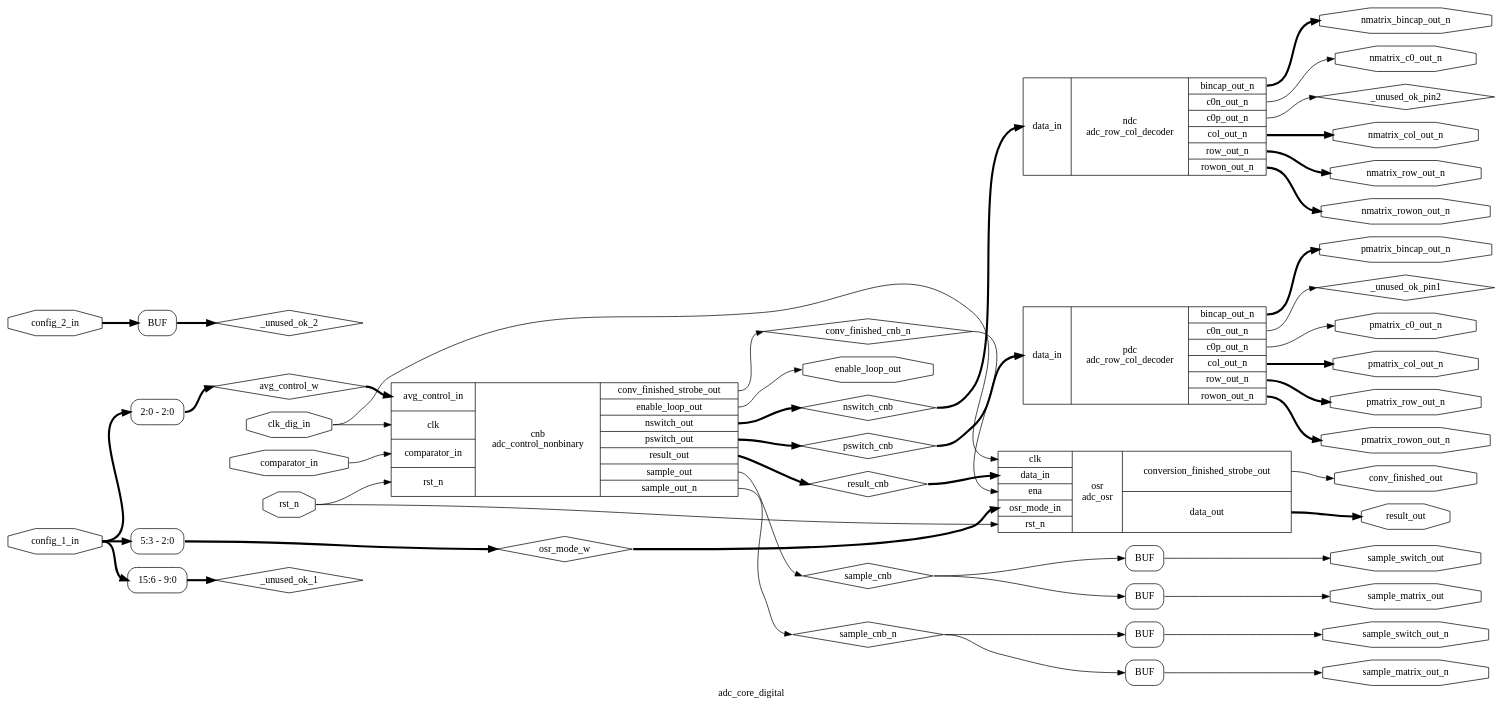
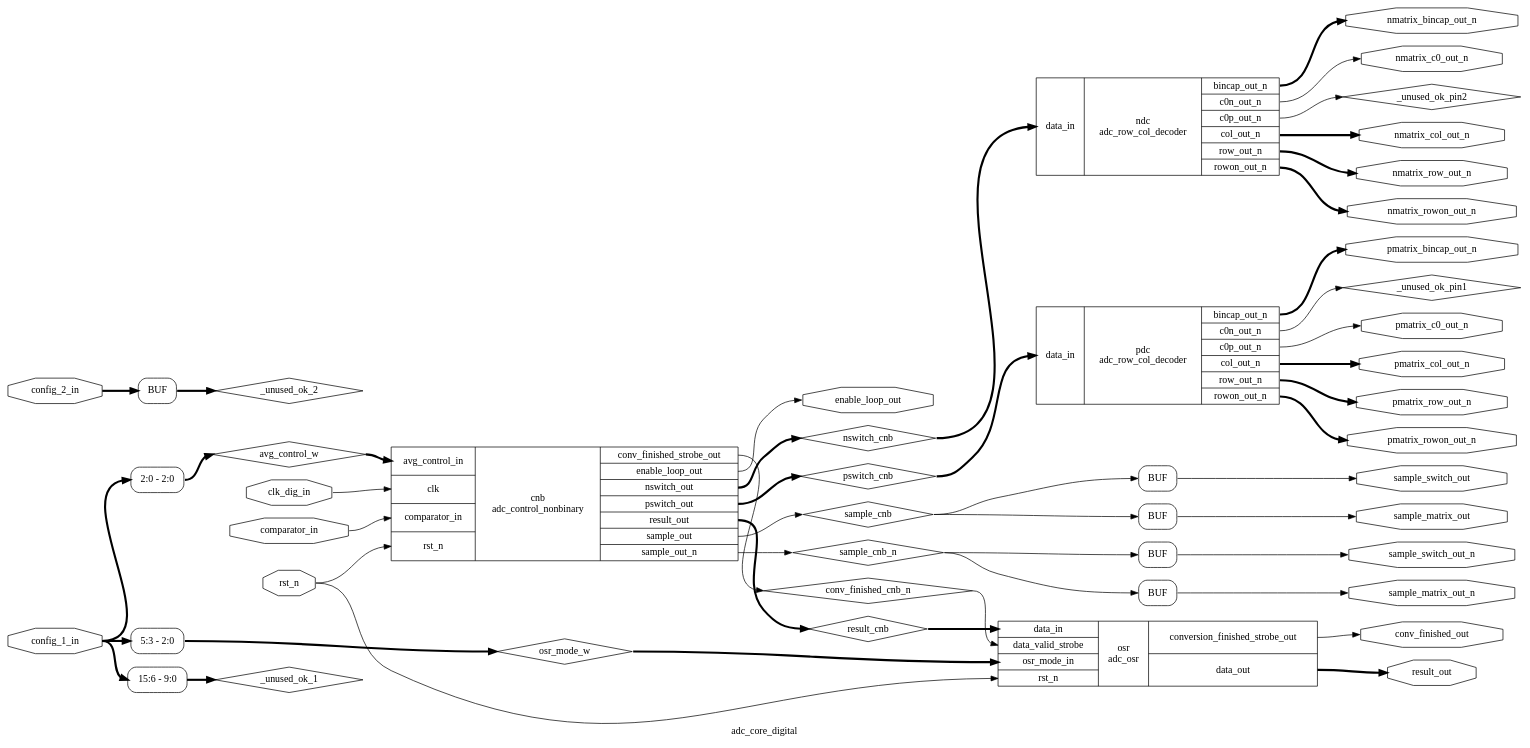
The diagram in openlane/adc_core_digital/runs/leberkaskrapfen/tmp/synthesis/hierarchy.dot (w32agobot/SKY130_SAR-ADC), drawn with Graphviz before and after one commit. The commit also changed 826 other files, not shown here.

Commit message:
Sim of adc_top finalized calculation of value in .spice simulation fixed "clock gating" fixed conv_finished signal fixed archive moved to common folder spice folders moved to origins

```diff
--- a/openlane/adc_core_digital/runs/leberkaskrapfen/tmp/synthesis/hierarchy.dot
+++ b/openlane/adc_core_digital/runs/leberkaskrapfen/tmp/synthesis/hierarchy.dot
@@ -1,99 +1,98 @@
 digraph "adc_core_digital" {
 label="adc_core_digital";
 rankdir="LR";
 remincross=true;
 n1 [ shape=diamond, label="_unused_ok_pin2", color="black", fontcolor="black" ];
 n2 [ shape=diamond, label="_unused_ok_pin1", color="black", fontcolor="black" ];
 n3 [ shape=diamond, label="_unused_ok_2", color="black", fontcolor="black" ];
 n4 [ shape=diamond, label="_unused_ok_1", color="black", fontcolor="black" ];
 n5 [ shape=diamond, label="sample_cnb", color="black", fontcolor="black" ];
 n6 [ shape=diamond, label="sample_cnb_n", color="black", fontcolor="black" ];
 n7 [ shape=diamond, label="conv_finished_cnb_n", color="black", fontcolor="black" ];
 n8 [ shape=diamond, label="nswitch_cnb", color="black", fontcolor="black" ];
 n9 [ shape=diamond, label="pswitch_cnb", color="black", fontcolor="black" ];
 n10 [ shape=diamond, label="result_cnb", color="black", fontcolor="black" ];
 n11 [ shape=diamond, label="osr_mode_w", color="black", fontcolor="black" ];
 n12 [ shape=diamond, label="avg_control_w", color="black", fontcolor="black" ];
 n13 [ shape=octagon, label="nmatrix_c0_out_n", color="black", fontcolor="black" ];
 n14 [ shape=octagon, label="nmatrix_bincap_out_n", color="black", fontcolor="black" ];
 n15 [ shape=octagon, label="nmatrix_rowon_out_n", color="black", fontcolor="black" ];
 n16 [ shape=octagon, label="nmatrix_row_out_n", color="black", fontcolor="black" ];
 n17 [ shape=octagon, label="nmatrix_col_out_n", color="black", fontcolor="black" ];
 n18 [ shape=octagon, label="pmatrix_c0_out_n", color="black", fontcolor="black" ];
 n19 [ shape=octagon, label="pmatrix_bincap_out_n", color="black", fontcolor="black" ];
 n20 [ shape=octagon, label="pmatrix_rowon_out_n", color="black", fontcolor="black" ];
 n21 [ shape=octagon, label="pmatrix_row_out_n", color="black", fontcolor="black" ];
 n22 [ shape=octagon, label="pmatrix_col_out_n", color="black", fontcolor="black" ];
 n23 [ shape=octagon, label="sample_switch_out_n", color="black", fontcolor="black" ];
 n24 [ shape=octagon, label="sample_switch_out", color="black", fontcolor="black" ];
 n25 [ shape=octagon, label="sample_matrix_out_n", color="black", fontcolor="black" ];
 n26 [ shape=octagon, label="sample_matrix_out", color="black", fontcolor="black" ];
 n27 [ shape=octagon, label="enable_loop_out", color="black", fontcolor="black" ];
 n28 [ shape=octagon, label="clk_dig_in", color="black", fontcolor="black" ];
 n29 [ shape=octagon, label="comparator_in", color="black", fontcolor="black" ];
 n30 [ shape=octagon, label="conv_finished_out", color="black", fontcolor="black" ];
 n31 [ shape=octagon, label="result_out", color="black", fontcolor="black" ];
 n32 [ shape=octagon, label="config_2_in", color="black", fontcolor="black" ];
 n33 [ shape=octagon, label="config_1_in", color="black", fontcolor="black" ];
 n34 [ shape=octagon, label="rst_n", color="black", fontcolor="black" ];
-c41 [ shape=record, label="{{<p35> clk|<p36> data_in|<p37> ena|<p38> osr_mode_in|<p34> rst_n}|osr\nadc_osr|{<p39> conversion_finished_strobe_out|<p40> data_out}}" ];
-c48 [ shape=record, label="{{<p36> data_in}|ndc\nadc_row_col_decoder|{<p42> bincap_out_n|<p43> c0n_out_n|<p44> c0p_out_n|<p45> col_out_n|<p46> row_out_n|<p47> rowon_out_n}}" ];
-c49 [ shape=record, label="{{<p36> data_in}|pdc\nadc_row_col_decoder|{<p42> bincap_out_n|<p43> c0n_out_n|<p44> c0p_out_n|<p45> col_out_n|<p46> row_out_n|<p47> rowon_out_n}}" ];
-c56 [ shape=record, label="{{<p50> avg_control_in|<p35> clk|<p29> comparator_in|<p34> rst_n}|cnb\nadc_control_nonbinary|{<p51> conv_finished_strobe_out|<p27> enable_loop_out|<p52> nswitch_out|<p53> pswitch_out|<p31> result_out|<p54> sample_out|<p55> sample_out_n}}" ];
+c40 [ shape=record, label="{{<p35> data_in|<p36> data_valid_strobe|<p37> osr_mode_in|<p34> rst_n}|osr\nadc_osr|{<p38> conversion_finished_strobe_out|<p39> data_out}}" ];
+c47 [ shape=record, label="{{<p35> data_in}|ndc\nadc_row_col_decoder|{<p41> bincap_out_n|<p42> c0n_out_n|<p43> c0p_out_n|<p44> col_out_n|<p45> row_out_n|<p46> rowon_out_n}}" ];
+c48 [ shape=record, label="{{<p35> data_in}|pdc\nadc_row_col_decoder|{<p41> bincap_out_n|<p42> c0n_out_n|<p43> c0p_out_n|<p44> col_out_n|<p45> row_out_n|<p46> rowon_out_n}}" ];
+c56 [ shape=record, label="{{<p49> avg_control_in|<p50> clk|<p29> comparator_in|<p34> rst_n}|cnb\nadc_control_nonbinary|{<p51> conv_finished_strobe_out|<p27> enable_loop_out|<p52> nswitch_out|<p53> pswitch_out|<p31> result_out|<p54> sample_out|<p55> sample_out_n}}" ];
 x0 [ shape=record, style=rounded, label="<s0> 2:0 - 2:0 " ];
 x1 [ shape=record, style=rounded, label="<s0> 5:3 - 2:0 " ];
 x2 [shape=box, style=rounded, label="BUF"];
 x3 [shape=box, style=rounded, label="BUF"];
 x4 [shape=box, style=rounded, label="BUF"];
 x5 [shape=box, style=rounded, label="BUF"];
 x6 [ shape=record, style=rounded, label="<s0> 15:6 - 9:0 " ];
 x7 [shape=box, style=rounded, label="BUF"];
-c48:p44:e -> n1:w [color="black", label=""];
+c47:p43:e -> n1:w [color="black", label=""];
 c56:p31:e -> n10:w [color="black", style="setlinewidth(3)", label=""];
-n10:e -> c41:p36:w [color="black", style="setlinewidth(3)", label=""];
+n10:e -> c40:p35:w [color="black", style="setlinewidth(3)", label=""];
 x1:e -> n11:w [color="black", style="setlinewidth(3)", label=""];
-n11:e -> c41:p38:w [color="black", style="setlinewidth(3)", label=""];
+n11:e -> c40:p37:w [color="black", style="setlinewidth(3)", label=""];
 x0:e -> n12:w [color="black", style="setlinewidth(3)", label=""];
-n12:e -> c56:p50:w [color="black", style="setlinewidth(3)", label=""];
-c48:p43:e -> n13:w [color="black", label=""];
-c48:p42:e -> n14:w [color="black", style="setlinewidth(3)", label=""];
-c48:p47:e -> n15:w [color="black", style="setlinewidth(3)", label=""];
-c48:p46:e -> n16:w [color="black", style="setlinewidth(3)", label=""];
-c48:p45:e -> n17:w [color="black", style="setlinewidth(3)", label=""];
-c49:p44:e -> n18:w [color="black", label=""];
-c49:p42:e -> n19:w [color="black", style="setlinewidth(3)", label=""];
-c49:p43:e -> n2:w [color="black", label=""];
-c49:p47:e -> n20:w [color="black", style="setlinewidth(3)", label=""];
-c49:p46:e -> n21:w [color="black", style="setlinewidth(3)", label=""];
-c49:p45:e -> n22:w [color="black", style="setlinewidth(3)", label=""];
+n12:e -> c56:p49:w [color="black", style="setlinewidth(3)", label=""];
+c47:p42:e -> n13:w [color="black", label=""];
+c47:p41:e -> n14:w [color="black", style="setlinewidth(3)", label=""];
+c47:p46:e -> n15:w [color="black", style="setlinewidth(3)", label=""];
+c47:p45:e -> n16:w [color="black", style="setlinewidth(3)", label=""];
+c47:p44:e -> n17:w [color="black", style="setlinewidth(3)", label=""];
+c48:p43:e -> n18:w [color="black", label=""];
+c48:p41:e -> n19:w [color="black", style="setlinewidth(3)", label=""];
+c48:p42:e -> n2:w [color="black", label=""];
+c48:p46:e -> n20:w [color="black", style="setlinewidth(3)", label=""];
+c48:p45:e -> n21:w [color="black", style="setlinewidth(3)", label=""];
+c48:p44:e -> n22:w [color="black", style="setlinewidth(3)", label=""];
 x3:e:e -> n23:w [color="black", label=""];
 x2:e:e -> n24:w [color="black", label=""];
 x5:e:e -> n25:w [color="black", label=""];
 x4:e:e -> n26:w [color="black", label=""];
 c56:p27:e -> n27:w [color="black", label=""];
-n28:e -> c41:p35:w [color="black", label=""];
-n28:e -> c56:p35:w [color="black", label=""];
+n28:e -> c56:p50:w [color="black", label=""];
 n29:e -> c56:p29:w [color="black", label=""];
 x7:e:e -> n3:w [color="black", style="setlinewidth(3)", label=""];
-c41:p39:e -> n30:w [color="black", label=""];
-c41:p40:e -> n31:w [color="black", style="setlinewidth(3)", label=""];
+c40:p38:e -> n30:w [color="black", label=""];
+c40:p39:e -> n31:w [color="black", style="setlinewidth(3)", label=""];
 n32:e -> x7:w:w [color="black", style="setlinewidth(3)", label=""];
 n33:e -> x0:s0:w [color="black", style="setlinewidth(3)", label=""];
 n33:e -> x1:s0:w [color="black", style="setlinewidth(3)", label=""];
 n33:e -> x6:s0:w [color="black", style="setlinewidth(3)", label=""];
-n34:e -> c41:p34:w [color="black", label=""];
+n34:e -> c40:p34:w [color="black", label=""];
 n34:e -> c56:p34:w [color="black", label=""];
 x6:e -> n4:w [color="black", style="setlinewidth(3)", label=""];
 c56:p54:e -> n5:w [color="black", label=""];
 n5:e -> x2:w:w [color="black", label=""];
 n5:e -> x4:w:w [color="black", label=""];
 c56:p55:e -> n6:w [color="black", label=""];
 n6:e -> x3:w:w [color="black", label=""];
 n6:e -> x5:w:w [color="black", label=""];
 c56:p51:e -> n7:w [color="black", label=""];
-n7:e -> c41:p37:w [color="black", label=""];
+n7:e -> c40:p36:w [color="black", label=""];
 c56:p52:e -> n8:w [color="black", style="setlinewidth(3)", label=""];
-n8:e -> c48:p36:w [color="black", style="setlinewidth(3)", label=""];
+n8:e -> c47:p35:w [color="black", style="setlinewidth(3)", label=""];
 c56:p53:e -> n9:w [color="black", style="setlinewidth(3)", label=""];
-n9:e -> c49:p36:w [color="black", style="setlinewidth(3)", label=""];
+n9:e -> c48:p35:w [color="black", style="setlinewidth(3)", label=""];
 }
```
